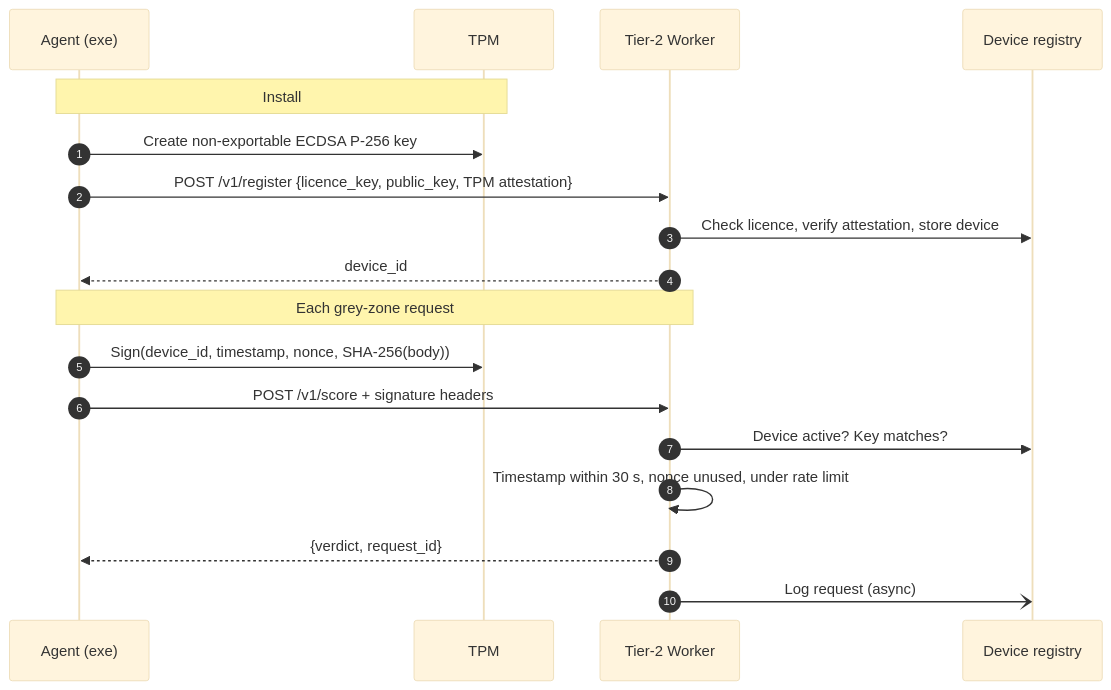
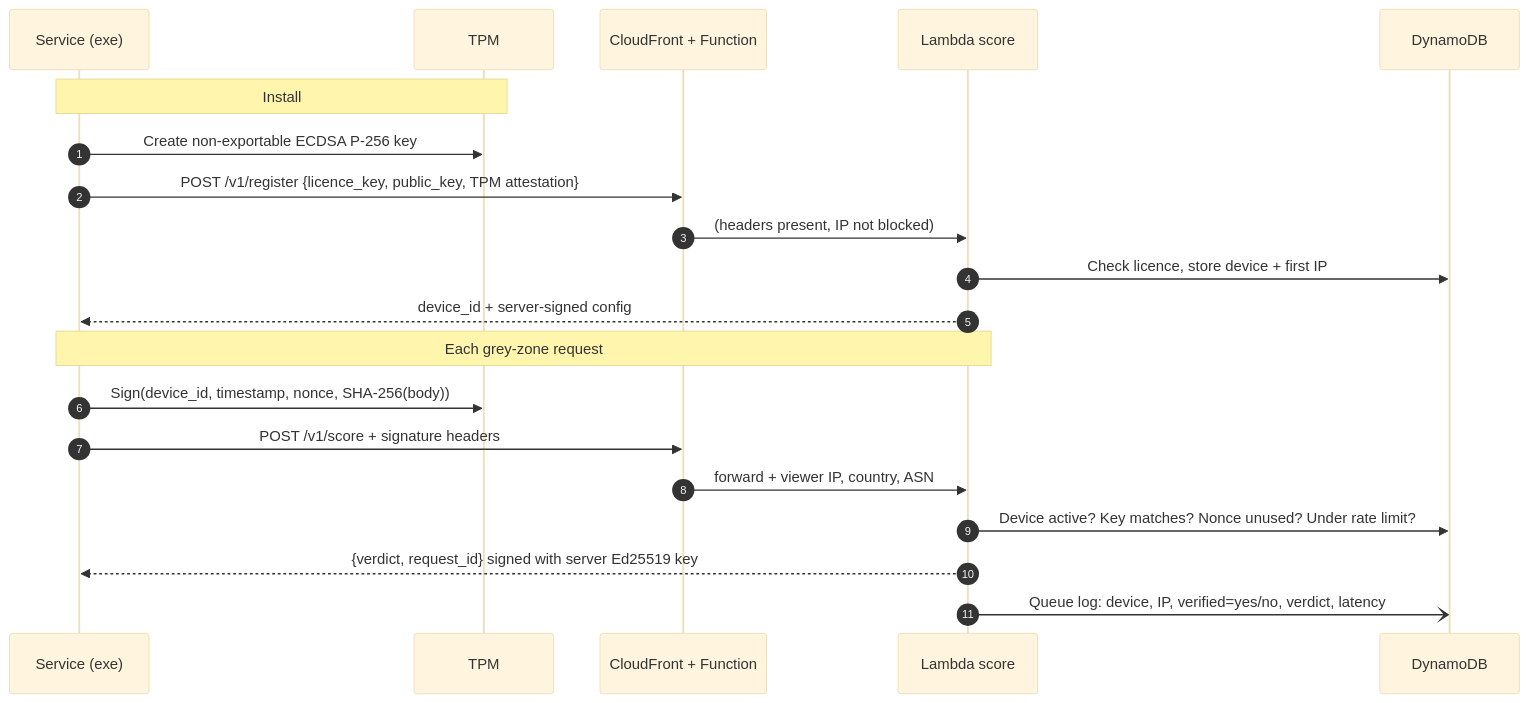
One commit to RKG765/Behavioral-Cyber-Resilient-Detection-Framework-for-Early-Detection-of-Ransomware-Attacks changed the second of 3 diagrams in docs/PROD_ARCHITECTURE.md. Above: the diagram before and after it, drawn with Mermaid (base theme). The commit also changed other lines of this file, not shown here.

````diff
--- a/docs/PROD_ARCHITECTURE.md
+++ b/docs/PROD_ARCHITECTURE.md
@@ -96,22 +111,24 @@
 ```mermaid
 sequenceDiagram
     autonumber
-    participant A as Agent (exe)
+    participant A as Service (exe)
     participant T as TPM
-    participant W as Tier-2 Worker
-    participant D as Device registry
+    participant E as CloudFront + Function
+    participant L as Lambda score
+    participant D as DynamoDB
 
     Note over A,T: Install
     A->>T: Create non-exportable ECDSA P-256 key
-    A->>W: POST /v1/register {licence_key, public_key, TPM attestation}
-    W->>D: Check licence, verify attestation, store device
-    W-->>A: device_id
+    A->>E: POST /v1/register {licence_key, public_key, TPM attestation}
+    E->>L: (headers present, IP not blocked)
+    L->>D: Check licence, store device + first IP
+    L-->>A: device_id + server-signed config
 
-    Note over A,W: Each grey-zone request
+    Note over A,L: Each grey-zone request
     A->>T: Sign(device_id, timestamp, nonce, SHA-256(body))
-    A->>W: POST /v1/score + signature headers
-    W->>D: Device active? Key matches?
-    W->>W: Timestamp within 30 s, nonce unused, under rate limit
-    W-->>A: {verdict, request_id}
-    W-)D: Log request (async)
+    A->>E: POST /v1/score + signature headers
+    E->>L: forward + viewer IP, country, ASN
+    L->>D: Device active? Key matches? Nonce unused? Under rate limit?
+    L-->>A: {verdict, request_id} signed with server Ed25519 key
+    L-)D: Queue log: device, IP, verified=yes/no, verdict, latency
 ```
````
